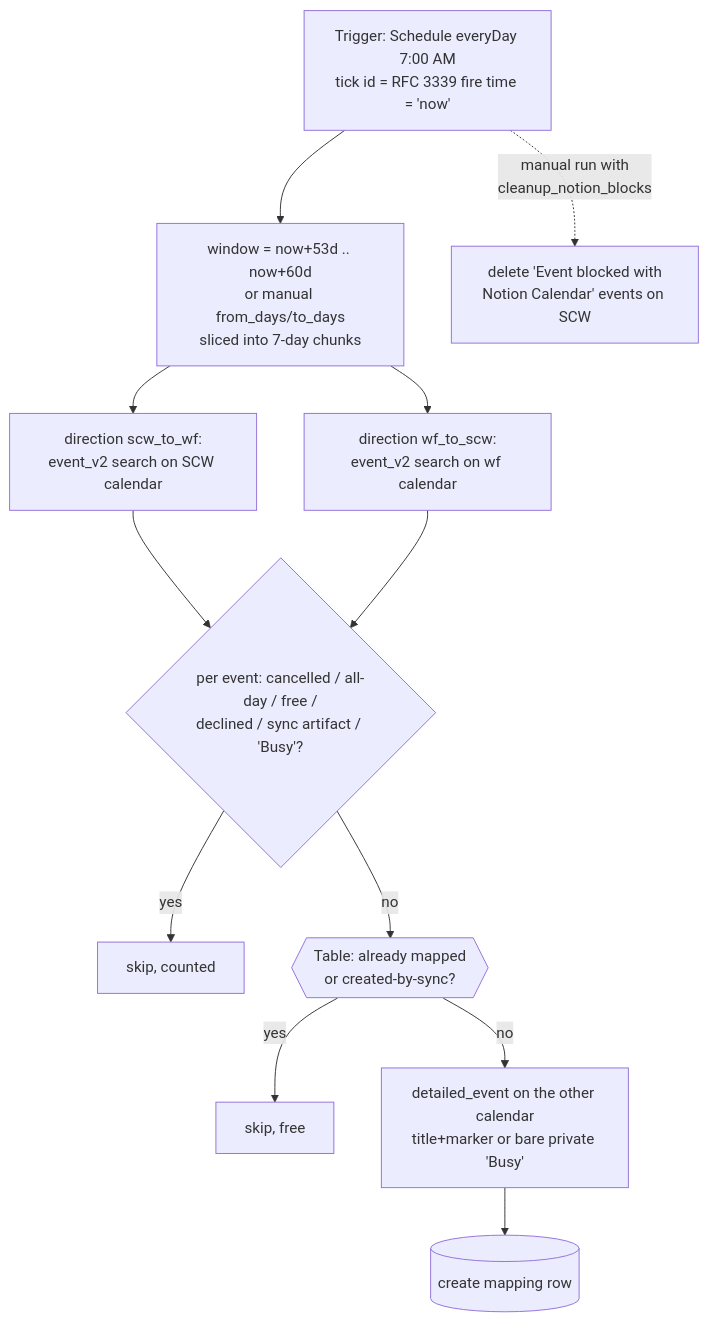
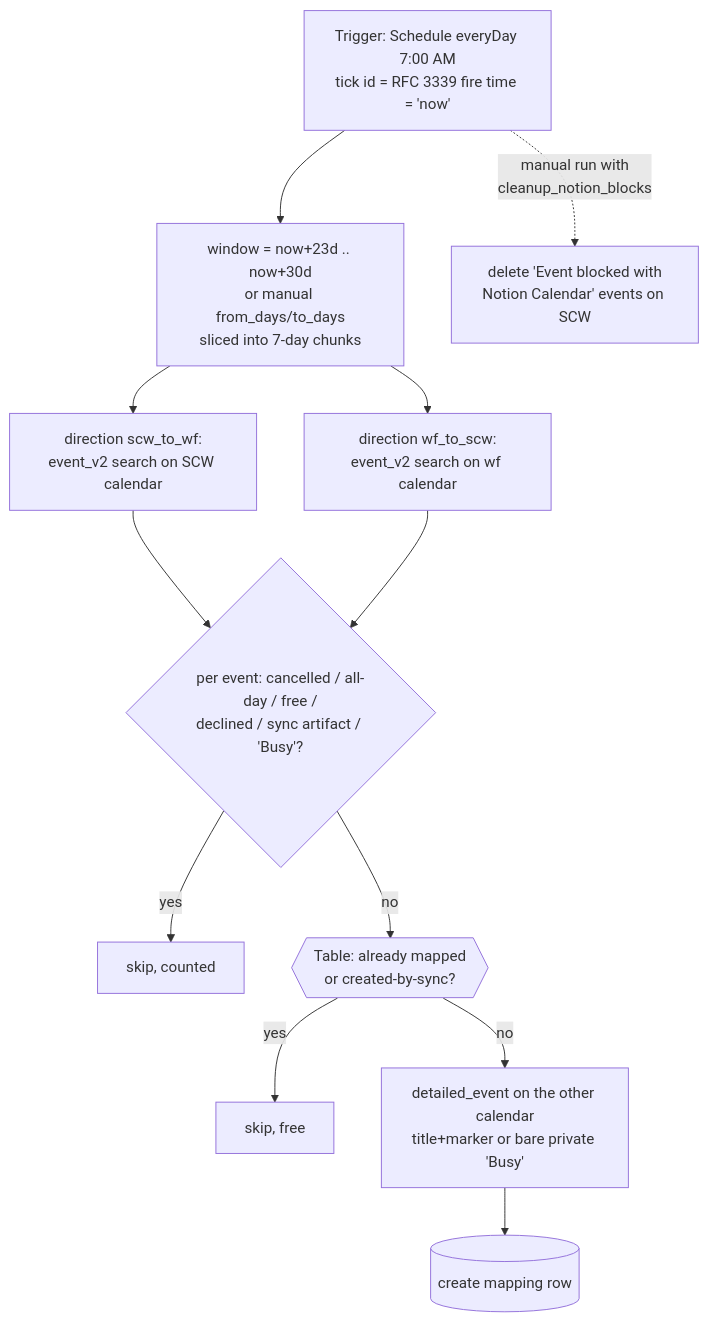
The diagram in gcal-block-sweep/README.md (work-flowers/zapier-sdk), drawn with Mermaid before and after one commit. The commit also changed other lines of this file and 10 other files, not shown here.

````diff
--- a/gcal-block-sweep/README.md
+++ b/gcal-block-sweep/README.md
@@ -7,13 +7,13 @@
 ```mermaid
 flowchart TD
-    T[Trigger: Schedule everyDay 7:00 AM\ntick id = RFC 3339 fire time = 'now'] --> W[window = now+53d .. now+60d\nor manual from_days/to_days\nsliced into 7-day chunks]
+    T[Trigger: Schedule everyDay 7:00 AM\ntick id = RFC 3339 fire time = 'now'] --> W[window = now+23d .. now+30d\nor manual from_days/to_days\nsliced into 7-day chunks]
     W --> D1[direction scw_to_wf:\nevent_v2 search on SCW calendar]
     W --> D2[direction wf_to_scw:\nevent_v2 search on wf calendar]
     D1 --> F{per event: cancelled / all-day / free /\ndeclined / sync artifact / 'Busy'?}
     D2 --> F
     F -- yes --> SK[skip, counted]
     F -- no --> M{{Table: already mapped\nor created-by-sync?}}
     M -- yes --> SK2[skip, free]
     M -- no --> CR[detailed_event on the other calendar\ntitle+marker or bare private 'Busy'] --> R[(create mapping row)]
     T -.->|manual run with\ncleanup_notion_blocks| CL[delete 'Event blocked with\nNotion Calendar' events on SCW]
 ```
````
